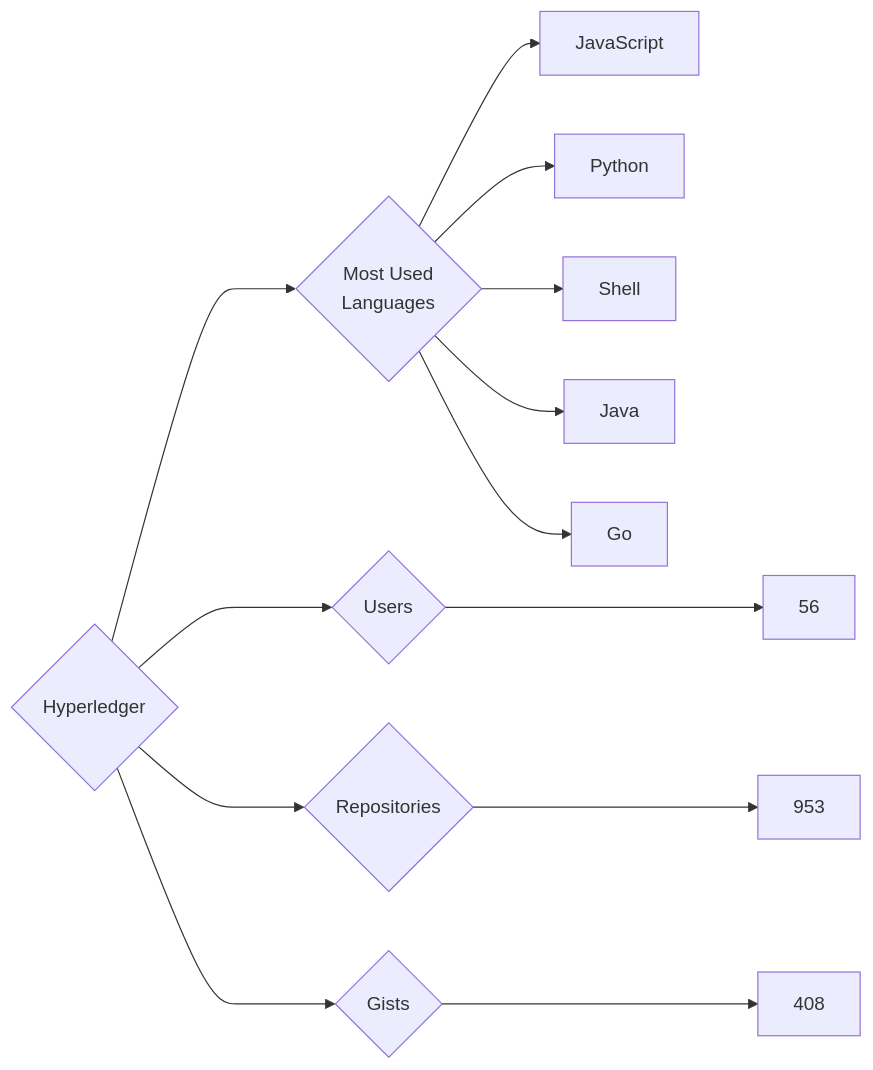
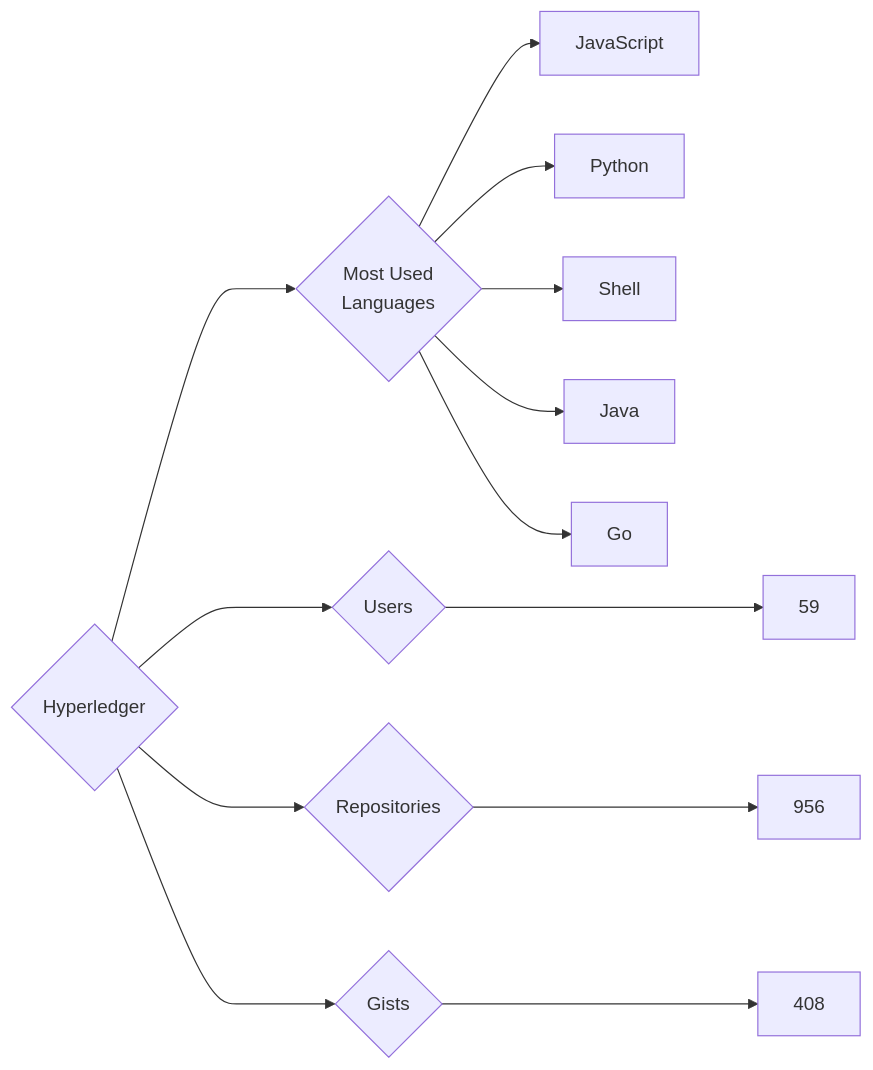
Before and after one commit to trickest/insiders: the diagram in targets/Hyperledger/README.md, drawn with Mermaid. The commit also changed 748 other files, not shown here.

````diff
--- a/targets/Hyperledger/README.md
+++ b/targets/Hyperledger/README.md
@@ -3,13 +3,13 @@
 ```mermaid
 graph LR
 COMPANY_NAME{Hyperledger}
-COMPANY_NAME ---> U{Users} ---> UN[56]
-COMPANY_NAME ---> R{Repositories} ---> RN[953]
+COMPANY_NAME ---> U{Users} ---> UN[59]
+COMPANY_NAME ---> R{Repositories} ---> RN[956]
 COMPANY_NAME ---> G{Gists} ---> GN[408]
 COMPANY_NAME ---> ML{Most Used<br>Languages}
 ML --> JavaScript[JavaScript]
 ML --> Python[Python]
 ML --> Shell[Shell]
 ML --> Java[Java]
 ML --> Go[Go]
 ```
````
